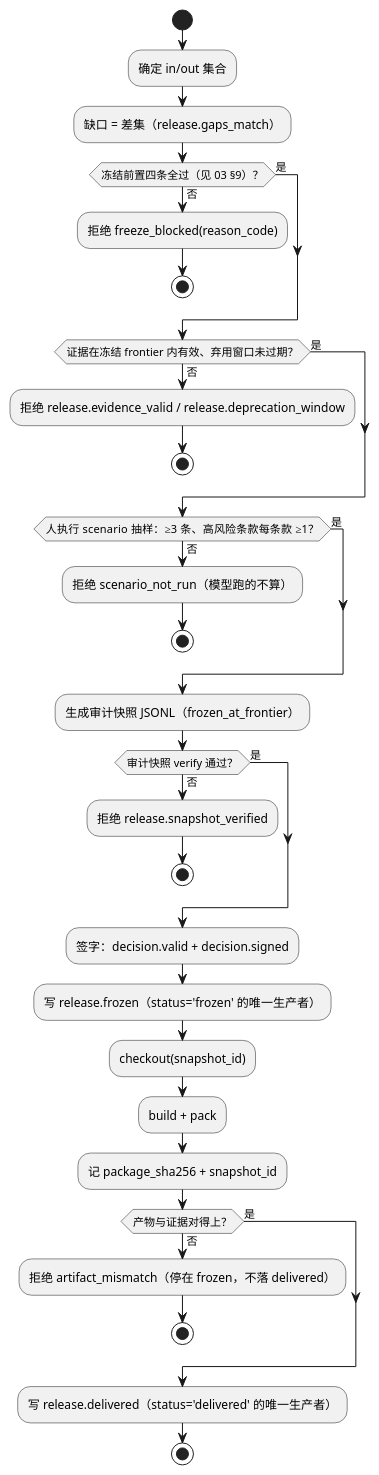
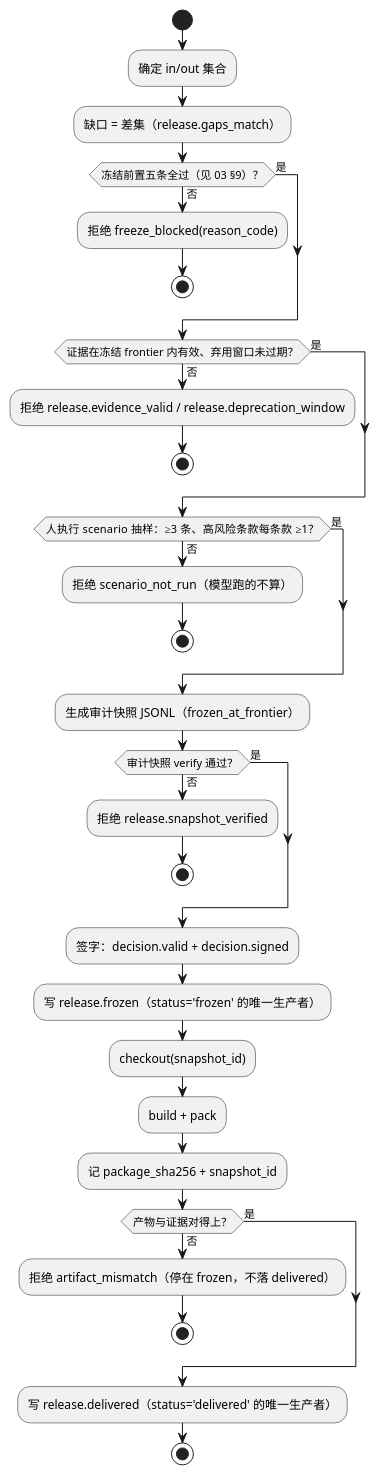
The diagram in design/diagrams/p8-release.puml (raitpor/dsh-software-dev-office), drawn with PlantUML before and after one commit. The commit also changed 15 other files, not shown here.

```diff
--- a/design/diagrams/p8-release.puml
+++ b/design/diagrams/p8-release.puml
@@ -1,38 +1,38 @@
 @startuml
 start
 :确定 in/out 集合;
 :缺口 = 差集（release.gaps_match）;
-if (冻结前置四条全过（见 03 §9）？) then (否)
+if (冻结前置五条全过（见 03 §9）？) then (否)
   :拒绝 freeze_blocked(reason_code);
   stop
 else (是)
 endif
 if (证据在冻结 frontier 内有效、弃用窗口未过期？) then (否)
   :拒绝 release.evidence_valid / release.deprecation_window;
   stop
 else (是)
 endif
 if (人执行 scenario 抽样：≥3 条、高风险条款每条款 ≥1？) then (否)
   :拒绝 scenario_not_run（模型跑的不算）;
   stop
 else (是)
 endif
 :生成审计快照 JSONL（frozen_at_frontier）;
 if (审计快照 verify 通过？) then (否)
   :拒绝 release.snapshot_verified;
   stop
 else (是)
 endif
 :签字：decision.valid + decision.signed;
 :写 release.frozen（status='frozen' 的唯一生产者）;
 :checkout(snapshot_id);
 :build + pack;
 :记 package_sha256 + snapshot_id;
 if (产物与证据对得上？) then (否)
   :拒绝 artifact_mismatch（停在 frozen，不落 delivered）;
   stop
 else (是)
 endif
 :写 release.delivered（status='delivered' 的唯一生产者）;
 stop
 @enduml
```
